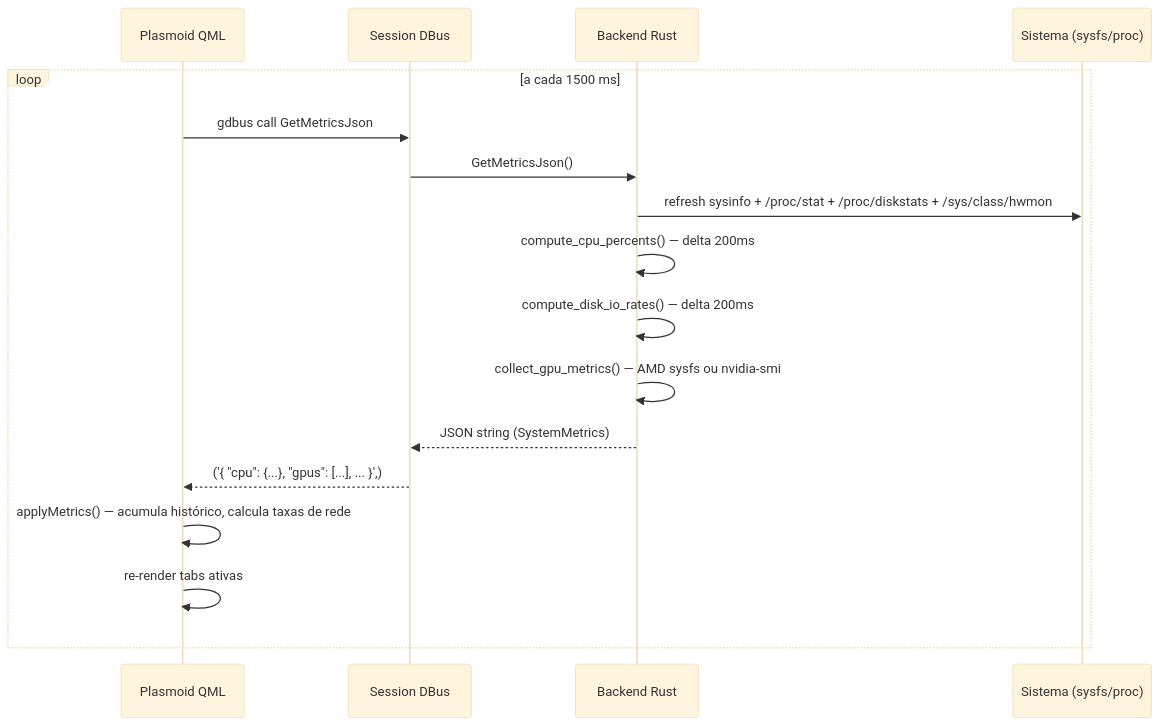
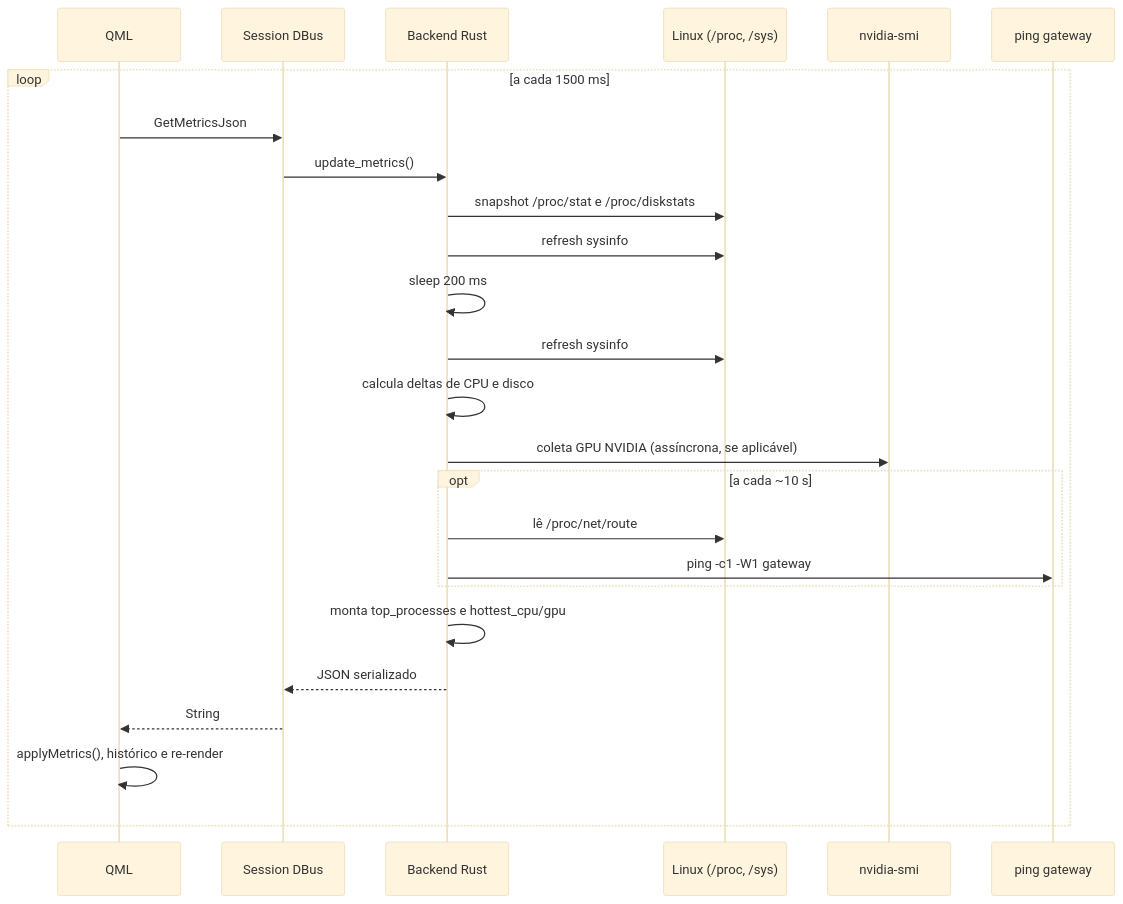
The fourth of 4 diagrams in docs/architecture.md (marcos2872/rust-monitor-tray), drawn with Mermaid (base theme) before and after one commit. The commit also changed other lines of this file and 8 other files, not shown here.

````diff
--- a/docs/architecture.md
+++ b/docs/architecture.md
@@ -72,20 +89,28 @@
 ```mermaid
 sequenceDiagram
-    participant P as Plasmoid QML
+    participant Q as QML
     participant D as Session DBus
     participant B as Backend Rust
-    participant S as Sistema (sysfs/proc)
+    participant L as Linux (/proc, /sys)
+    participant N as nvidia-smi
+    participant P as ping gateway
 
     loop a cada 1500 ms
-        P->>D: gdbus call GetMetricsJson
-        D->>B: GetMetricsJson()
-        B->>S: refresh sysinfo + /proc/stat + /proc/diskstats + /sys/class/hwmon
-        B->>B: compute_cpu_percents() — delta 200ms
-        B->>B: compute_disk_io_rates() — delta 200ms
-        B->>B: collect_gpu_metrics() — AMD sysfs ou nvidia-smi
-        B-->>D: JSON string (SystemMetrics)
-        D-->>P: ('{ "cpu": {...}, "gpus": [...], ... }',)
-        P->>P: applyMetrics() — acumula histórico, calcula taxas de rede
-        P->>P: re-render tabs ativas
+        Q->>D: GetMetricsJson
+        D->>B: update_metrics()
+        B->>L: snapshot /proc/stat e /proc/diskstats
+        B->>L: refresh sysinfo #1
+        B->>B: sleep 200 ms
+        B->>L: refresh sysinfo #2
+        B->>B: calcula deltas de CPU e disco
+        B->>N: coleta GPU NVIDIA (assíncrona, se aplicável)
+        opt a cada ~10 s
+            B->>L: lê /proc/net/route
+            B->>P: ping -c1 -W1 gateway
+        end
+        B->>B: monta top_processes e hottest_cpu/gpu
+        B-->>D: JSON serializado
+        D-->>Q: String
+        Q->>Q: applyMetrics(), histórico e re-render
     end
 ```
````
